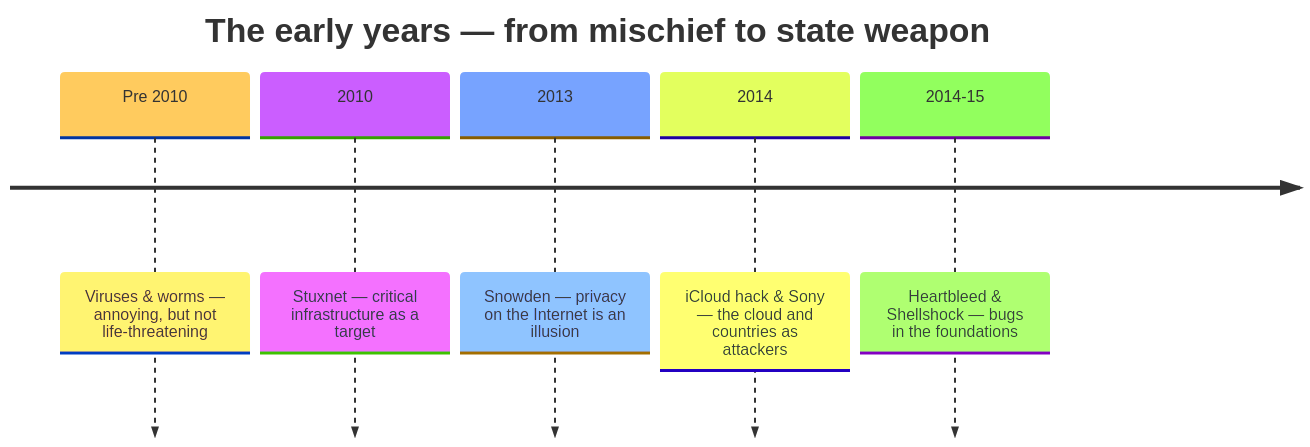
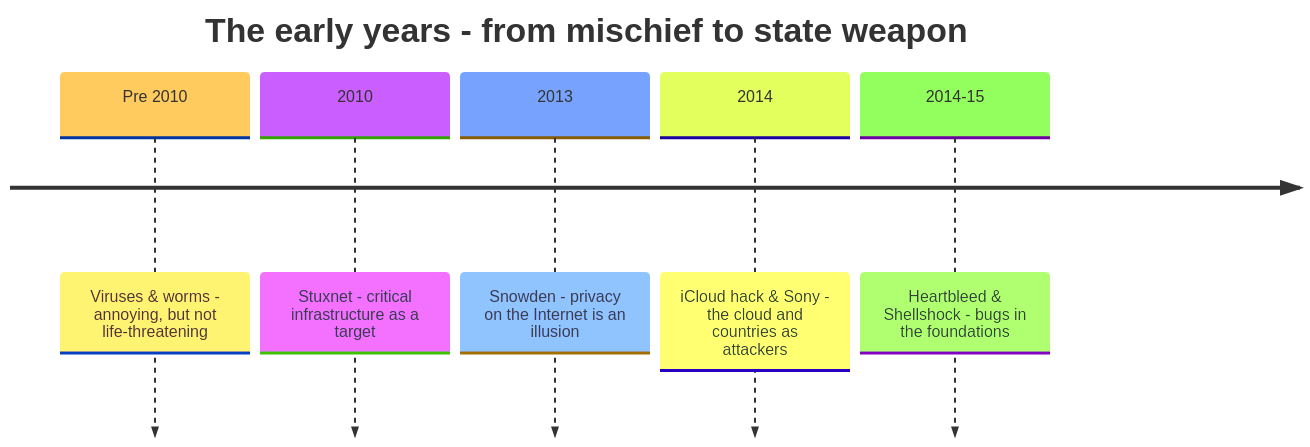
One commit to timdams/cyberboswachters_boek changed the first of 6 diagrams in cyberboswachters/slides/en/wordtheterger.qmd. Above: the diagram before and after it, drawn with Mermaid. The commit also changed other lines of this file and 20 other files, not shown here.

````diff
--- a/cyberboswachters/slides/en/wordtheterger.qmd
+++ b/cyberboswachters/slides/en/wordtheterger.qmd
@@ -40,10 +40,10 @@
 ```{mermaid}
 %%{init: {"theme": "base", "timeline": {"useMaxWidth": true}} }%%
 timeline
-    title The early years — from mischief to state weapon
-    Pre 2010 : Viruses & worms — annoying, but not life-threatening
-    2010 : Stuxnet — critical infrastructure as a target
-    2013 : Snowden — privacy on the Internet is an illusion
-    2014 : iCloud hack & Sony — the cloud and countries as attackers
-    2014-15 : Heartbleed & Shellshock — bugs in the foundations
+    title The early years - from mischief to state weapon
+    Pre 2010 : Viruses & worms - annoying, but not life-threatening
+    2010 : Stuxnet - critical infrastructure as a target
+    2013 : Snowden - privacy on the Internet is an illusion
+    2014 : iCloud hack & Sony - the cloud and countries as attackers
+    2014-15 : Heartbleed & Shellshock - bugs in the foundations
 ```
````
